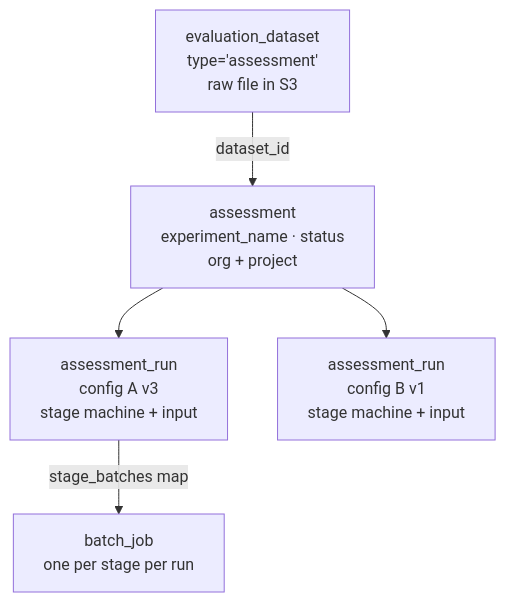
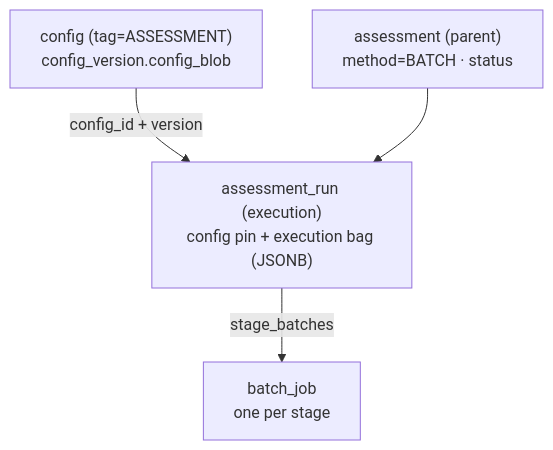
Before and after one commit to ProjectTech4DevAI/kaapi-backend: the second of 4 diagrams in docs/architecture/kaapi-ai-assessment-ARCHITECTURE.md, drawn with Mermaid. The commit also changed other lines of this file and 6 other files, not shown here.

````diff
--- a/docs/architecture/kaapi-ai-assessment-ARCHITECTURE.md
+++ b/docs/architecture/kaapi-ai-assessment-ARCHITECTURE.md
@@ -207,13 +114,11 @@
 ```mermaid
 flowchart TD
-    EDS["evaluation_dataset\ntype='assessment'\nraw file in S3"]
-    A["assessment\nexperiment_name · status\norg + project"]
-    R1["assessment_run\nconfig A v3\nstage machine + input"]
-    R2["assessment_run\nconfig B v1\nstage machine + input"]
-    BJ["batch_job\none per stage per run"]
+    Cfg["config (tag=ASSESSMENT)\nconfig_version.config_blob"]
+    A["assessment (parent)\nmethod=BATCH · status"]
+    R["assessment_run (execution)\nconfig pin + execution bag (JSONB)"]
+    BJ["batch_job\none per stage"]
 
-    EDS -->|dataset_id| A
-    A --> R1
-    A --> R2
-    R1 -->|stage_batches map| BJ
+    Cfg -->|config_id + version| R
+    A --> R
+    R -->|stage_batches| BJ
 ```
````
